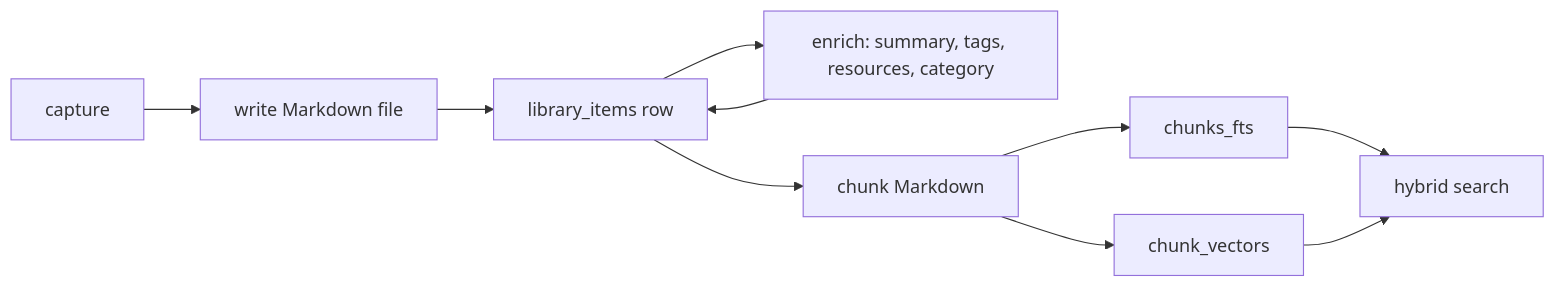
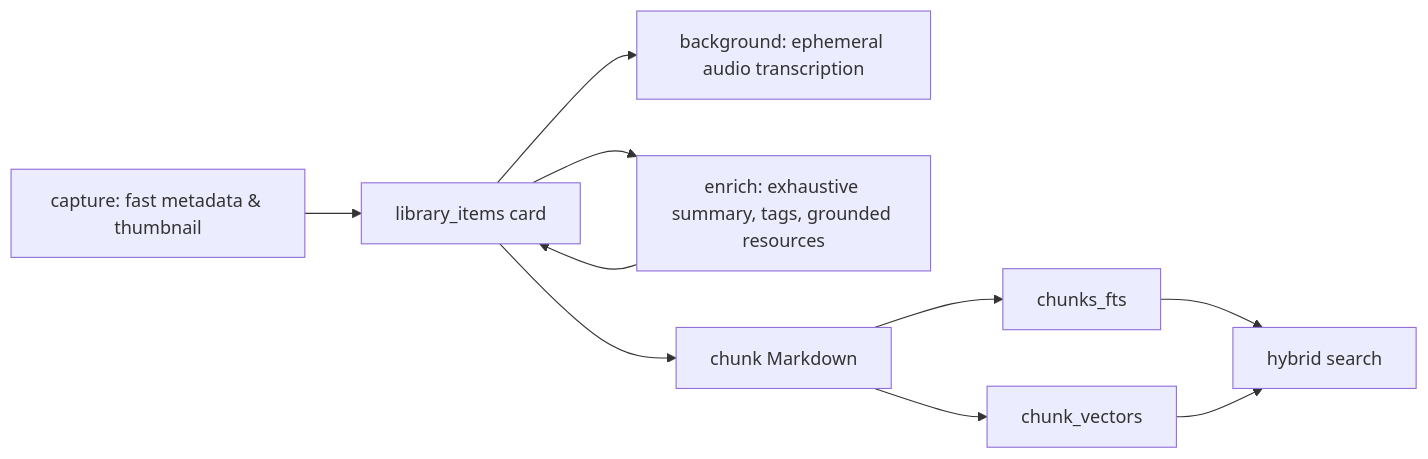
Before and after one commit to Wayn-Git/Amethyst: the diagram in docs/agent-context/sections/library.md, drawn with Mermaid. The commit also changed other lines of this file, not shown here.

Commit message:
docs: update library agent-context with zero video download pipeline

````diff
--- a/docs/agent-context/sections/library.md
+++ b/docs/agent-context/sections/library.md
@@ -72,12 +72,12 @@
 ```mermaid
 flowchart LR
-  CAP[capture] --> FILE[write Markdown file]
-  FILE --> ROW[library_items row]
-  ROW --> ENR[enrich: summary, tags, resources, category]
+  CAP[capture: fast metadata & thumbnail] --> ROW[library_items card]
+  ROW --> BG[background: ephemeral audio transcription]
+  ROW --> ENR[enrich: exhaustive summary, tags, grounded resources]
   ROW --> CHUNK[chunk Markdown]
   CHUNK --> FTS[chunks_fts]
   CHUNK --> VEC[chunk_vectors]
   ENR --> ROW
   FTS --> SEARCH[hybrid search]
   VEC --> SEARCH
 ```
````
